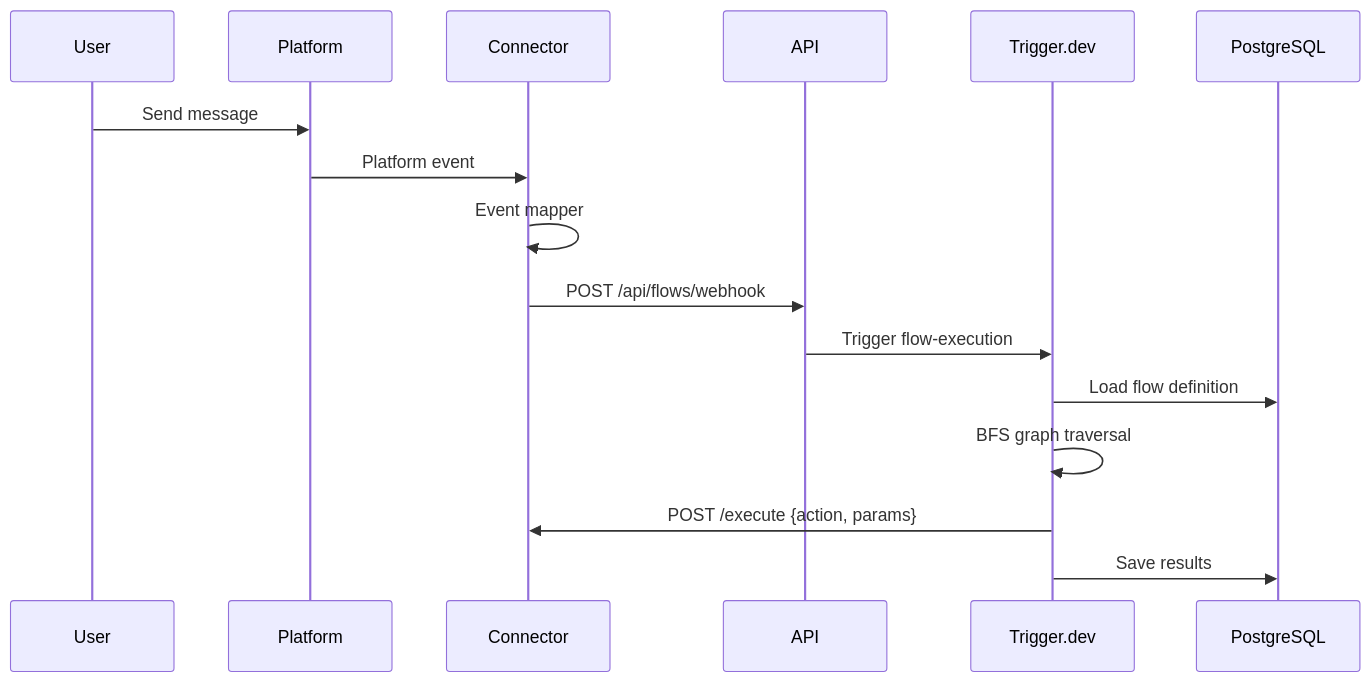
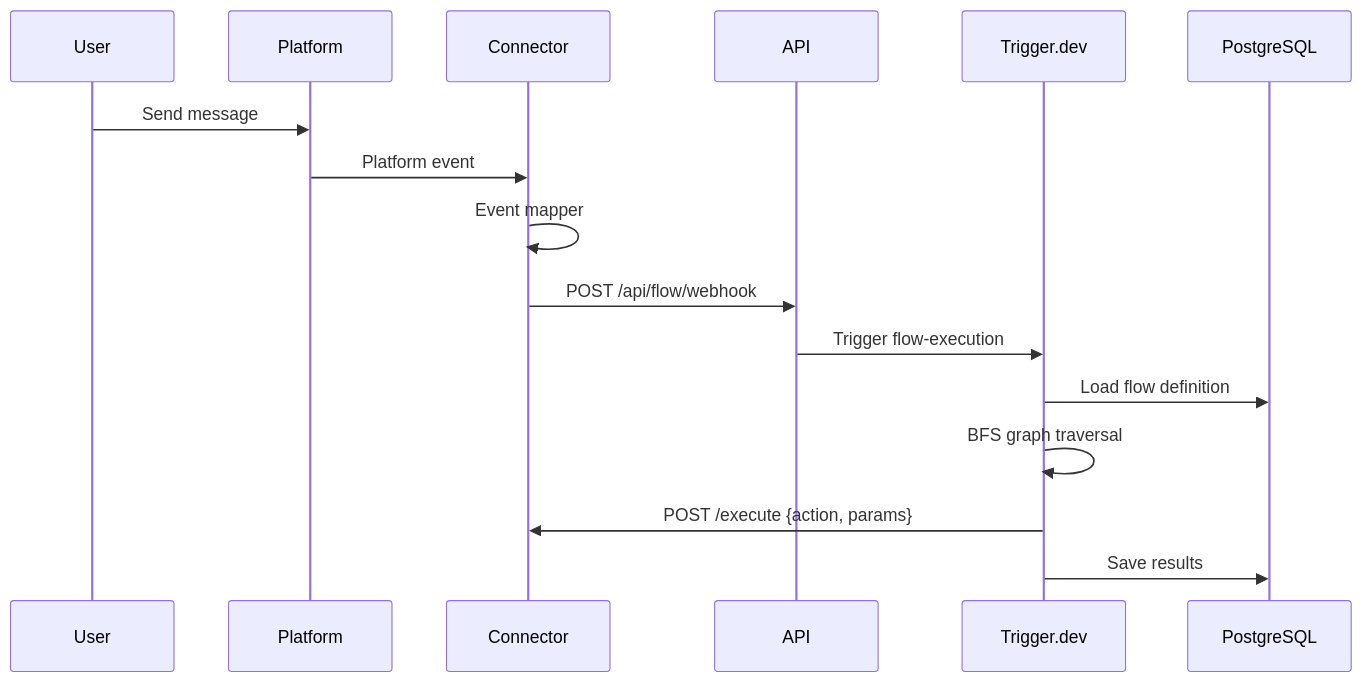
One commit to kolezka/flowbot changed the third of 9 diagrams in README.md. Above: the diagram before and after it, drawn with Mermaid. The commit also changed other lines of this file and 64 other files, not shown here.

First line of the commit message:
feat: add generic flow webhook endpoint, favicon, and cleanup

````diff
--- a/README.md
+++ b/README.md
@@ -163,19 +163,19 @@
 ```mermaid
 sequenceDiagram
     participant U as User
     participant P as Platform
     participant C as Connector
     participant API as API
     participant T as Trigger.dev
     participant DB as PostgreSQL
 
     U->>P: Send message
     P->>C: Platform event
     C->>C: Event mapper
-    C->>API: POST /api/flows/webhook
+    C->>API: POST /api/flow/webhook
     API->>T: Trigger flow-execution
     T->>DB: Load flow definition
     T->>T: BFS graph traversal
     T->>C: POST /execute {action, params}
     T->>DB: Save results
 ```
````
